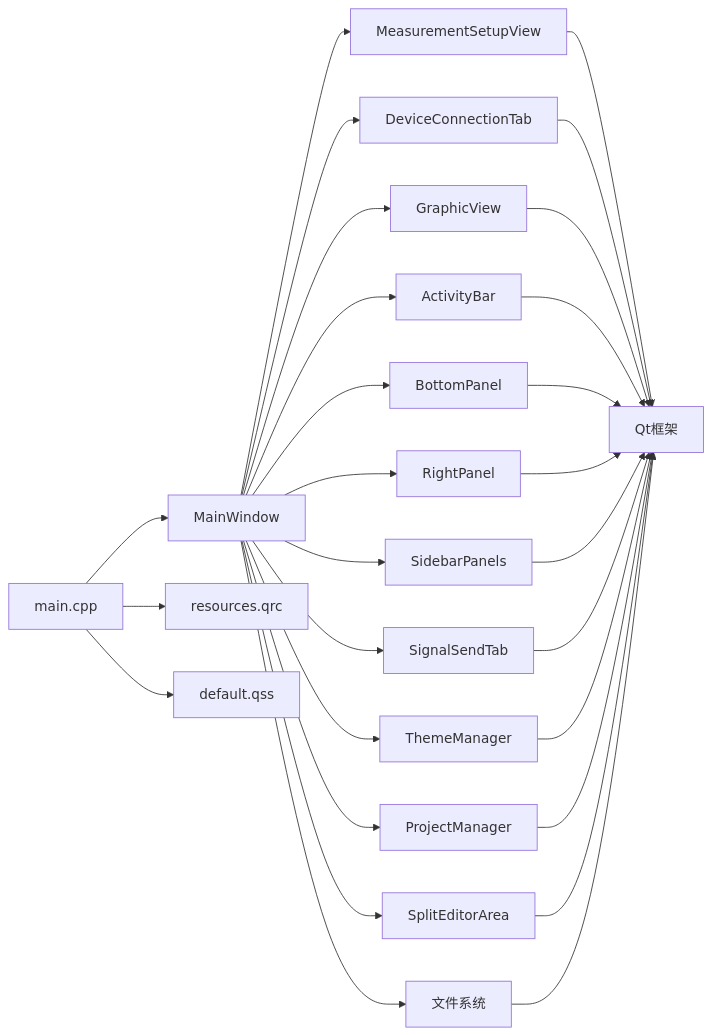
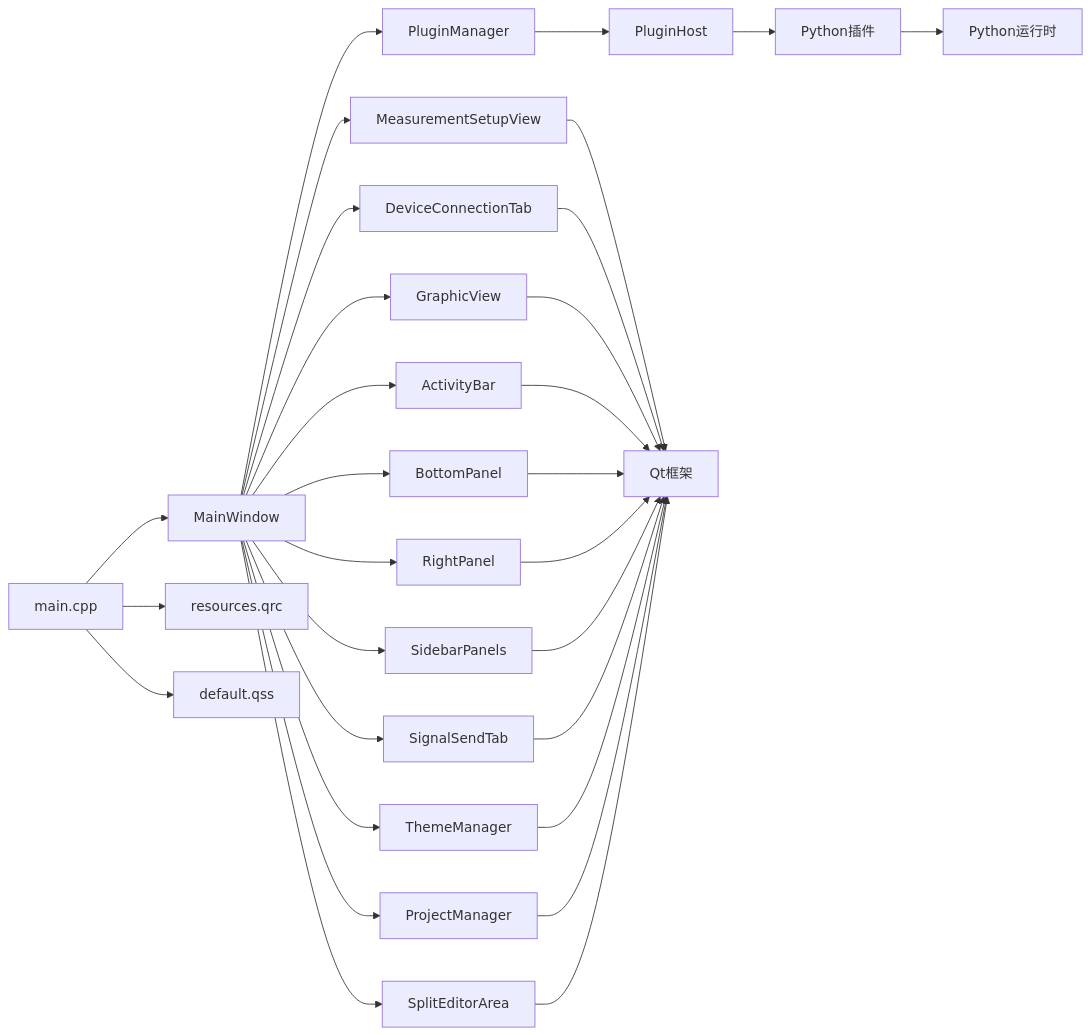
The fourth of 4 diagrams in .qoder/repowiki/zh/content/架构设计/主窗口组件架构.md (jakecai1225-design/OpenBus), drawn with Mermaid before and after one commit. The commit also changed other lines of this file and 22 other files, not shown here.

````diff
--- a/.qoder/repowiki/zh/content/架构设计/主窗口组件架构.md
+++ b/.qoder/repowiki/zh/content/架构设计/主窗口组件架构.md
@@ -625,30 +671,32 @@
 ```mermaid
 graph LR
 Main["main.cpp"] --> MW["MainWindow"]
+MW --> PM["PluginManager"]
+PM --> PH["PluginHost"]
+PH --> PY["Python插件"]
 MW --> MSV["MeasurementSetupView"]
 MW --> DCT["DeviceConnectionTab"]
 MW --> GV["GraphicView"]
 MW --> AB["ActivityBar"]
 MW --> BP["BottomPanel"]
 MW --> RP["RightPanel"]
 MW --> SP["SidebarPanels"]
 MW --> TAB["SignalSendTab"]
 MW --> TM["ThemeManager"]
-MW --> PM["ProjectManager"]
+MW --> PRM["ProjectManager"]
 MW --> SEA["SplitEditorArea"]
-MW --> FS["文件系统"]
 MSV --> Qt["Qt框架"]
 DCT --> Qt
 GV --> Qt
 AB --> Qt
 BP --> Qt
 RP --> Qt
 SP --> Qt
 TAB --> Qt
 TM --> Qt
-PM --> Qt
+PRM --> Qt
 SEA --> Qt
-FS --> Qt
+PY --> Py["Python运行时"]
 Main --> Res["resources.qrc"]
 Main --> QSS["default.qss"]
 ```
````
